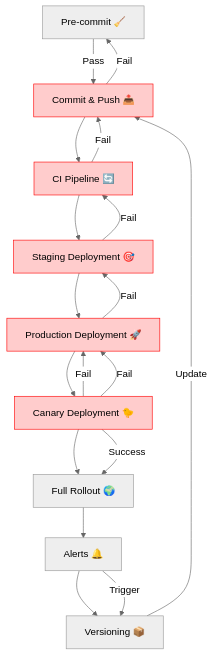
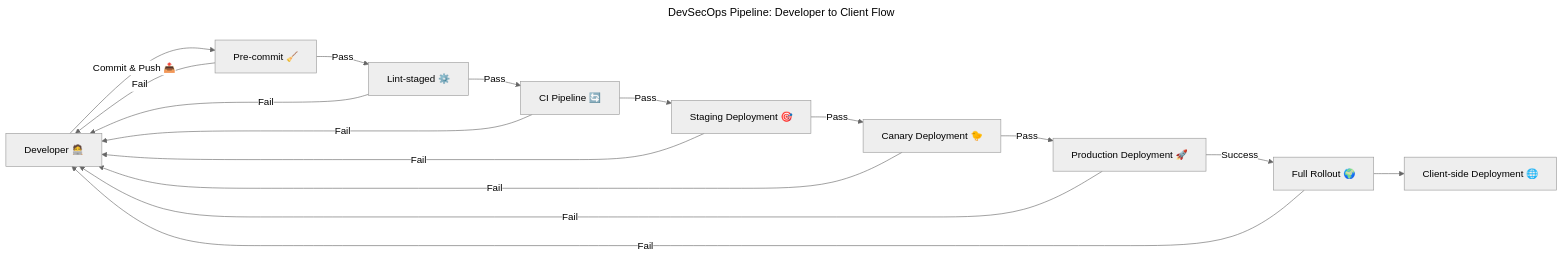
Before and after one commit to Sinless777/Helix: the first of 2 diagrams in docs/About-The-Project/Project_Overview.md, drawn with Mermaid (neutral theme). The commit also changed other lines of this file, not shown here.

Commit message:
docs: update project overview with enhanced descriptions and structure

````diff
--- a/docs/About-The-Project/Project_Overview.md
+++ b/docs/About-The-Project/Project_Overview.md
@@ -37,31 +40,48 @@
 ```mermaid
-graph TD
-    %% DevSecOps Pipeline with Failure Paths and Canary Deployments
-    A[Pre-commit 🧹] -->|Pass| B[Commit & Push 📤]
-    B --> C[CI Pipeline 🔄]
-    C --> D[Staging Deployment 🎯]
-    D --> E[Production Deployment 🚀]
-    E --> F[Canary Deployment 🐤]
-    F --> G[Full Rollout 🌍]
-    G --> H[Alerts 🔔]
-    H --> I[Versioning 📦]
+---
+id: cacb6d48-c468-49b0-8792-864a88931b95
+title: "DevSecOps Pipeline: Developer to Client Flow"
+---
+%% Name of chart is "DevSecOps Pipeline: Developer to Client Flow"
+%% This chart illustrates the flow from developer commits to client-side deployment, including pre-commit checks, CI/CD processes, and canary deployments.
+
+flowchart LR
+    %% Developer Commits Code
+    A[Developer 🧑‍💻] -->|Commit & Push 📤| B[Pre-commit 🧹] 
+    %% Pre-commit checks (linting, formatting, security)
+    B -->|Pass| C[Lint-staged ⚙️]
+    %% Code passes linting, further checks
+    C -->|Pass| D[CI Pipeline 🔄]
+    %% Continuous Integration (build & test)
+    D -->|Pass| E[Staging Deployment 🎯]
+    %% Deploys to staging for further testing (load, E2E, etc.)
+    E -->|Pass| F[Canary Deployment 🐤]
+    %% Deploys to production, initially with limited users
+    F -->|Pass| G[Production Deployment 🚀]
+    %% Canary deploys to a subset of users to verify functionality
+    G -->|Success| H[Full Rollout 🌍]
+    %% Full deployment to all users if canary is successful
+    H --> I[Client-side Deployment 🌐]
+    %% Final deployment to the client-side, making the application available to all users
 
     %% Failure Paths
+    %% Any failure in the pipeline returns the process to the Developer step (A)
     B -->|Fail| A
-    C -->|Fail| B
-    D -->|Fail| C
-    E -->|Fail| D
-    F -->|Fail| E
+    C -->|Fail| A
+    D -->|Fail| A
+    E -->|Fail| A
+    F -->|Fail| A
+    G -->|Fail| A
+    H -->|Fail| A
 
-    %% Canary Deployment Logic
-    F -->|Success| G
-    F -->|Fail| E
-
-    %% Alerts and Versioning
-    H -->|Trigger| I
-    I -->|Update| B
-
-    classDef failure fill:#ffcccc,stroke:#ff0000;
-    class B,C,D,E,F failure;
+    %% Classify failure paths for clarity and process review
+    class B,C,D,E,F,G failure;
+    
+    %% Comments:
+    %% - Pre-commit checks include linting, formatting, and security scanning to ensure code quality.
+    %% - The CI pipeline involves automatic building and testing of the code to prevent breaking changes.
+    %% - Canary deployment allows the release to a small user group before full production deployment.
+    %% - Alerts and versioning are crucial for monitoring deployment success and tracking changes.
+    %% - If any stage fails, the commit is sent back to the developer (A) for fixes, ensuring quality code.
 
 ```
````
